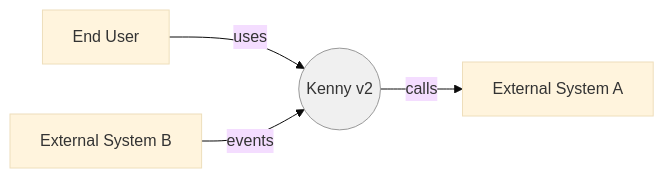
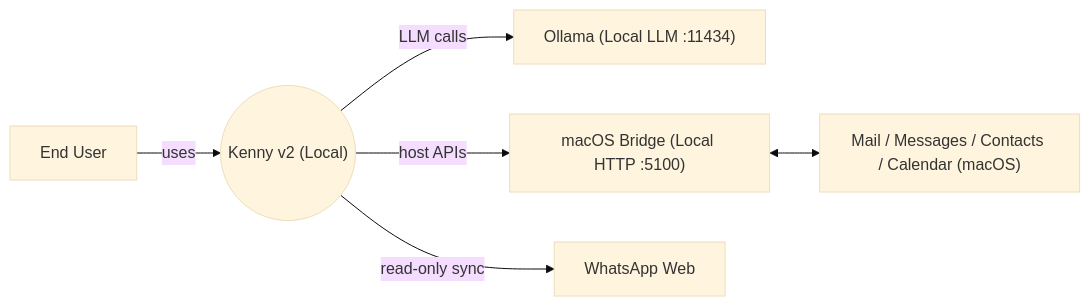
One commit to joshuawlim/Kenny-v2 changed the diagram in docs/architecture/diagrams/context.mmd. Above: the diagram before and after it, drawn with Mermaid (base theme). The commit also changed 16 other files, not shown here.

Commit message:
feat(sprint1): scaffold local-only API/UI/workers for health/status with egress audit and kill switch; wire compose+Caddy for localhost UI

```diff
--- a/docs/architecture/diagrams/context.mmd
+++ b/docs/architecture/diagrams/context.mmd
@@ -1,15 +1,15 @@
 %% Mermaid system context (C4 Level 1)
-%% Replace placeholders with real actors/systems as they become known.
 
 flowchart LR
   user["End User"]
-  system(("Kenny v2"))
-  extA["External System A"]
-  extB["External System B"]
+  kenny(("Kenny v2 (Local)"))
+  ollama["Ollama (Local LLM :11434)"]
+  bridge["macOS Bridge (Local HTTP :5100)"]
+  wa["WhatsApp Web"]
+  appleApps["Mail / Messages / Contacts / Calendar (macOS)"]
 
-  user -->|uses| system
-  system -->|calls| extA
-  extB -->|events| system
-
-  classDef boundary fill:#f0f0f0,stroke:#999,stroke-width:1px
-  class system boundary
+  user -->|uses| kenny
+  kenny -->|LLM calls| ollama
+  kenny -->|host APIs| bridge
+  bridge <--> appleApps
+  kenny -->|read-only sync| wa
```
